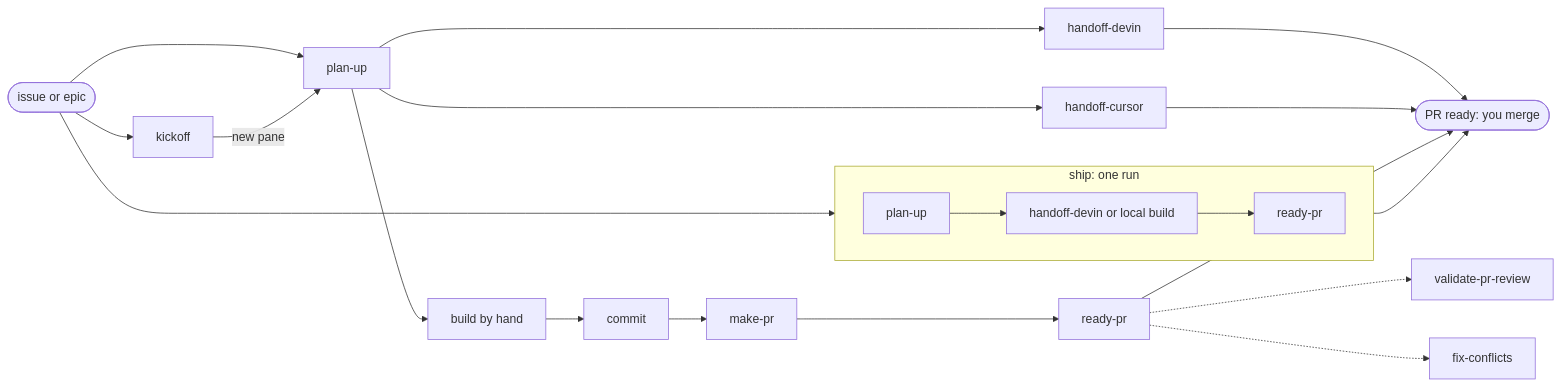
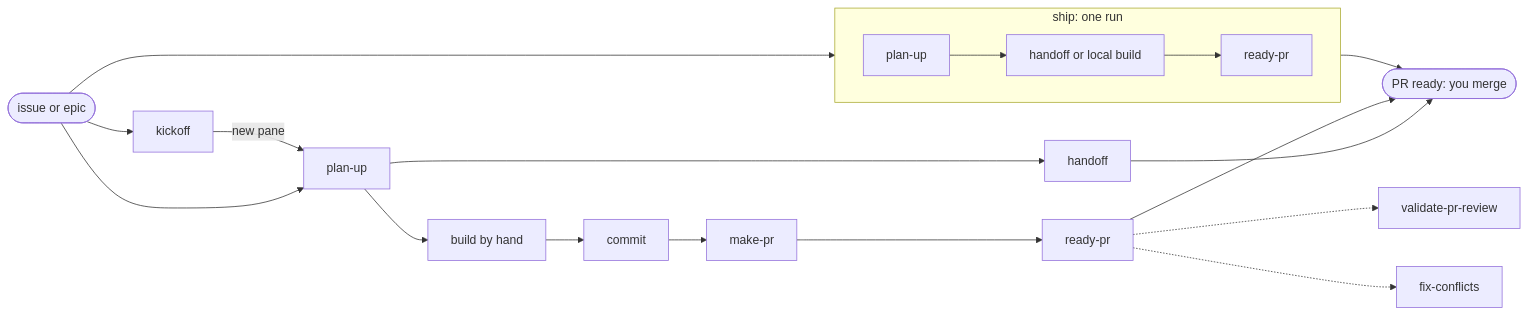
The second of 2 diagrams in README.md (linhvu0711/skills), drawn with Mermaid before and after one commit. The commit also changed other lines of this file and 15 other files, not shown here.

First line of the commit message:
docs: name /handoff in ship, plan-up, the shared core, and every README

````diff
--- a/README.md
+++ b/README.md
@@ -36,21 +36,19 @@
 ```mermaid
 flowchart LR
   ticket([issue or epic]) --> ship
   ticket --> kickoff
   ticket --> planup[plan-up]
   kickoff -->|new pane| planup
   subgraph ship [ship: one run]
     direction LR
-    sp[plan-up] --> sb[handoff-devin or local build] --> sr[ready-pr]
+    sp[plan-up] --> sb[handoff or local build] --> sr[ready-pr]
   end
-  planup --> hd[handoff-devin]
-  planup --> hc[handoff-cursor]
+  planup --> ho[handoff]
   planup --> hand[build by hand]
   hand --> gitcommit[commit] --> makepr[make-pr] --> readypr[ready-pr]
   ship --> done([PR ready: you merge])
-  hd --> done
-  hc --> done
+  ho --> done
   readypr --> done
   readypr -.-> vpr[validate-pr-review]
   readypr -.-> fc[fix-conflicts]
 ```
````
